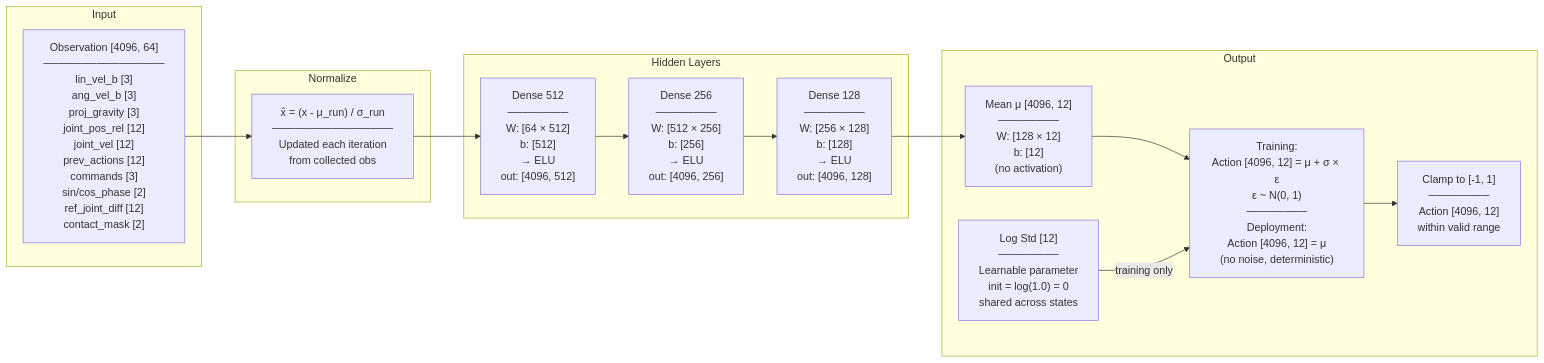
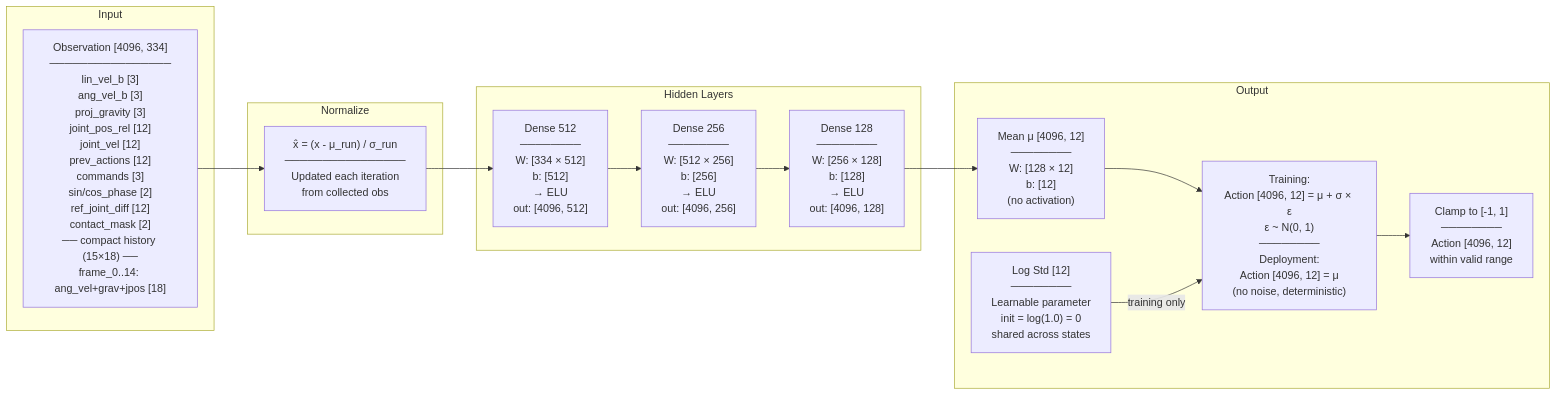
The second of 9 diagrams in docs/PPO_NETWORK.md (armmarov/armrobot), drawn with Mermaid before and after one commit. The commit also changed other lines of this file and 14 other files, not shown here.

````diff
--- a/docs/PPO_NETWORK.md
+++ b/docs/PPO_NETWORK.md
@@ -70,26 +70,26 @@
 ```mermaid
 flowchart LR
     subgraph INPUT["Input"]
-        I["Observation [4096, 64]<br/>────────────────<br/>lin_vel_b [3]<br/>ang_vel_b [3]<br/>proj_gravity [3]<br/>joint_pos_rel [12]<br/>joint_vel [12]<br/>prev_actions [12]<br/>commands [3]<br/>sin/cos_phase [2]<br/>ref_joint_diff [12]<br/>contact_mask [2]"]
+        I["Observation [4096, 334]<br/>────────────────<br/>lin_vel_b [3]<br/>ang_vel_b [3]<br/>proj_gravity [3]<br/>joint_pos_rel [12]<br/>joint_vel [12]<br/>prev_actions [12]<br/>commands [3]<br/>sin/cos_phase [2]<br/>ref_joint_diff [12]<br/>contact_mask [2]<br/>── compact history (15×18) ──<br/>frame_0..14: ang_vel+grav+jpos [18]"]
     end
 
     subgraph NORMALIZE["Normalize"]
         N["x̂ = (x - μ_run) / σ_run<br/>────────────────<br/>Updated each iteration<br/>from collected obs"]
     end
 
     subgraph HIDDEN["Hidden Layers"]
-        H1["Dense 512<br/>────────<br/>W: [64 × 512]<br/>b: [512]<br/>→ ELU<br/>out: [4096, 512]"]
+        H1["Dense 512<br/>────────<br/>W: [334 × 512]<br/>b: [512]<br/>→ ELU<br/>out: [4096, 512]"]
         H2["Dense 256<br/>────────<br/>W: [512 × 256]<br/>b: [256]<br/>→ ELU<br/>out: [4096, 256]"]
         H3["Dense 128<br/>────────<br/>W: [256 × 128]<br/>b: [128]<br/>→ ELU<br/>out: [4096, 128]"]
     end
 
     subgraph OUTPUT["Output"]
         MU["Mean μ [4096, 12]<br/>────────<br/>W: [128 × 12]<br/>b: [12]<br/>(no activation)"]
         SIGMA["Log Std [12]<br/>────────<br/>Learnable parameter<br/>init = log(1.0) = 0<br/>shared across states"]
         SAMPLE["Training:<br/>Action [4096, 12] = μ + σ × ε<br/>ε ~ N(0, 1)<br/>────────<br/>Deployment:<br/>Action [4096, 12] = μ<br/>(no noise, deterministic)"]
         CLAMP["Clamp to [-1, 1]<br/>────────<br/>Action [4096, 12]<br/>within valid range"]
     end
 
     I --> N --> H1 --> H2 --> H3 --> MU --> SAMPLE --> CLAMP
     SIGMA -->|"training only"| SAMPLE
 ```
````
